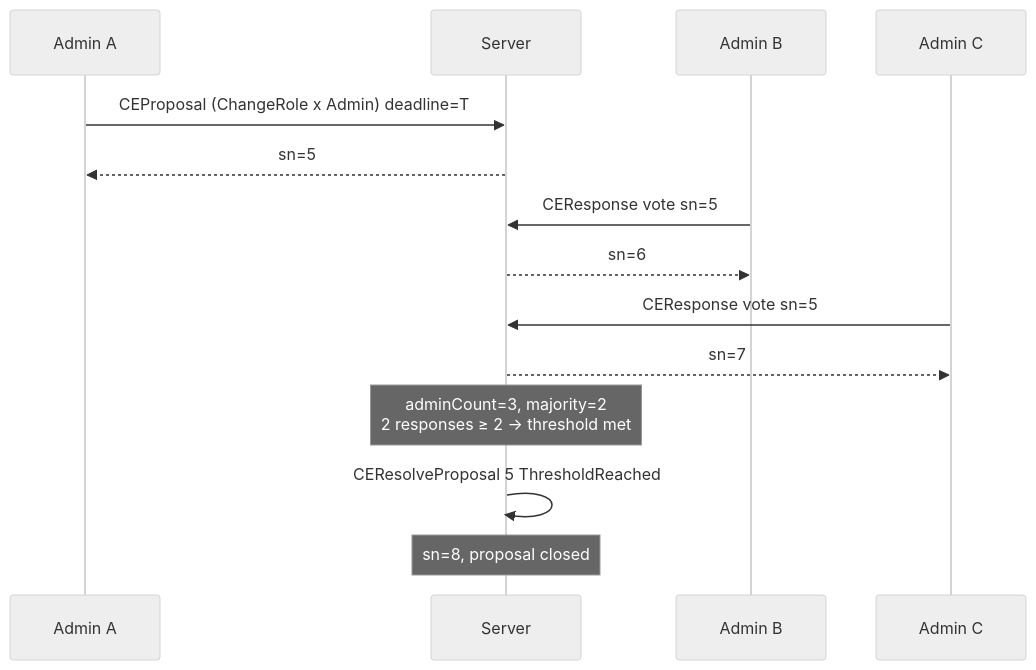
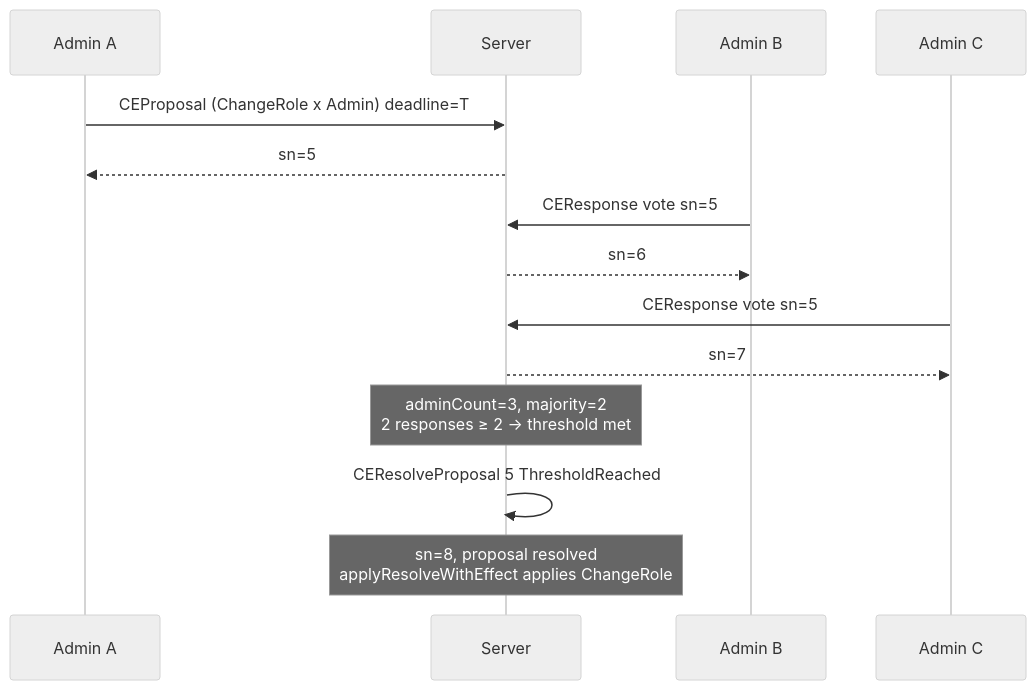
One commit to paolino/kel-circle changed diagram 18 of 20 in docs/docs/architecture.md. Above: the diagram before and after it, drawn with Mermaid (neutral theme). The commit also changed other lines of this file and 15 other files, not shown here.

First line of the commit message:
feat: majority-gated base decisions via proposal flow

````diff
--- a/docs/docs/architecture.md
+++ b/docs/docs/architecture.md
@@ -529,21 +529,21 @@
 ```mermaid
 sequenceDiagram
     participant A as Admin A
     participant S as Server
     participant B as Admin B
     participant C as Admin C
 
     A->>S: CEProposal (ChangeRole x Admin) deadline=T
     S-->>A: sn=5
 
     B->>S: CEResponse vote sn=5
     S-->>B: sn=6
 
     C->>S: CEResponse vote sn=5
     S-->>C: sn=7
 
     Note over S: adminCount=3, majority=2<br/>2 responses ≥ 2 → threshold met
 
     S->>S: CEResolveProposal 5 ThresholdReached
-    Note over S: sn=8, proposal closed
+    Note over S: sn=8, proposal resolved<br/>applyResolveWithEffect applies ChangeRole
 ```
````
